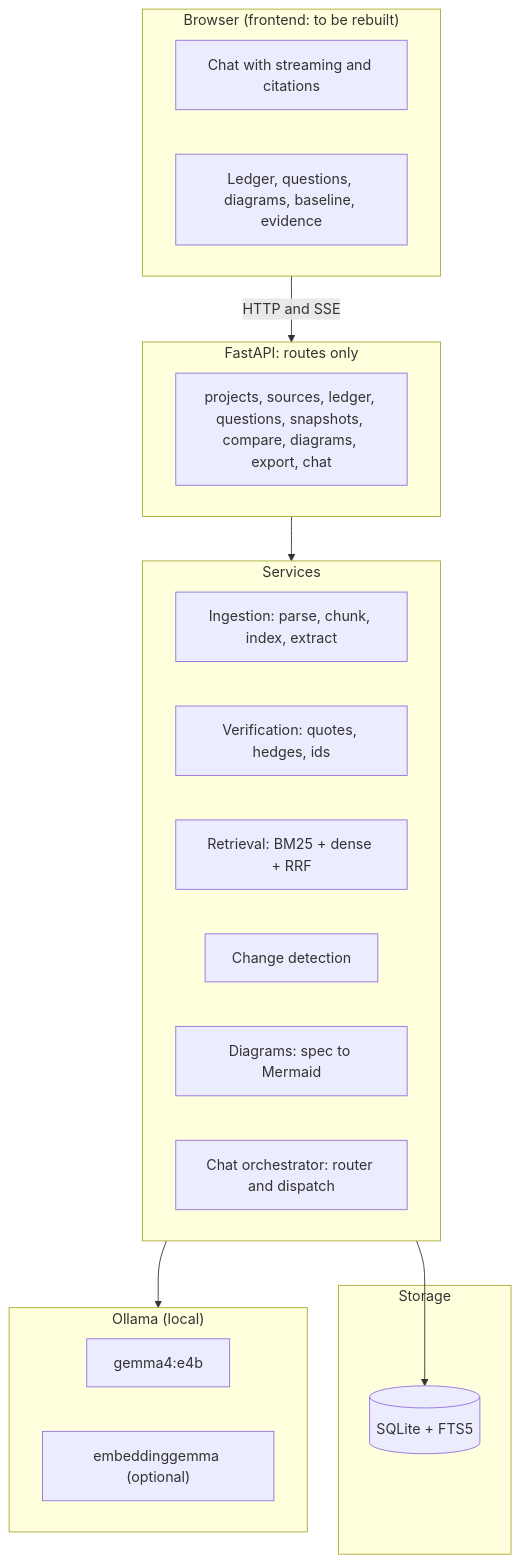
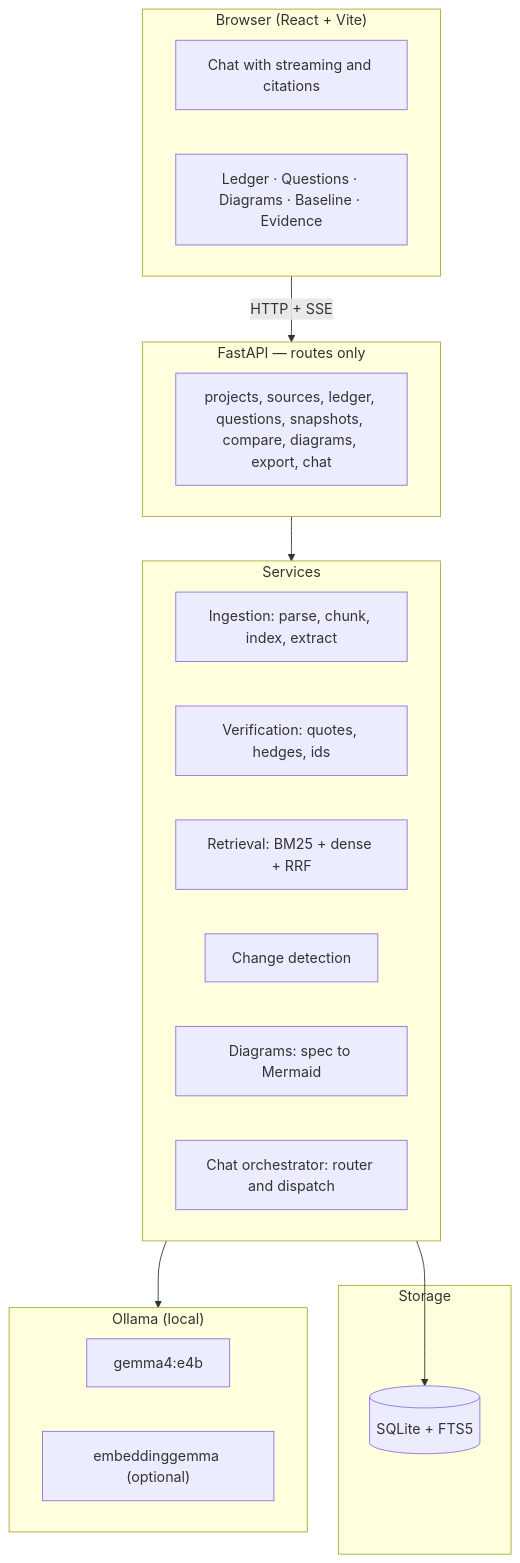
Before and after one commit to DeepMehta06/Archlens: the first of 3 diagrams in README.md, drawn with Mermaid. The commit also changed other lines of this file and 5 other files, not shown here.

````diff
--- a/README.md
+++ b/README.md
@@ -17,28 +106,28 @@
 ```mermaid
 flowchart TB
-  subgraph UI["Browser (frontend: to be rebuilt)"]
+  subgraph UI["Browser (React + Vite)"]
     Chat["Chat with streaming and citations"]
-    Panel["Ledger, questions, diagrams, baseline, evidence"]
+    Panel["Ledger · Questions · Diagrams · Baseline · Evidence"]
   end
-  subgraph API["FastAPI: routes only"]
+  subgraph API["FastAPI — routes only"]
     R["projects, sources, ledger, questions, snapshots, compare, diagrams, export, chat"]
   end
   subgraph SVC["Services"]
     ING["Ingestion: parse, chunk, index, extract"]
     VER["Verification: quotes, hedges, ids"]
     RET["Retrieval: BM25 + dense + RRF"]
     CMP["Change detection"]
     DIA["Diagrams: spec to Mermaid"]
     ORCH["Chat orchestrator: router and dispatch"]
   end
   subgraph STORE["Storage"]
     DB[("SQLite + FTS5")]
   end
   subgraph LLM["Ollama (local)"]
     G["gemma4:e4b"]
     E["embeddinggemma (optional)"]
   end
-  UI -->|"HTTP and SSE"| API --> SVC
+  UI -->|"HTTP + SSE"| API --> SVC
   SVC --> DB
   SVC --> LLM
 ```
````
